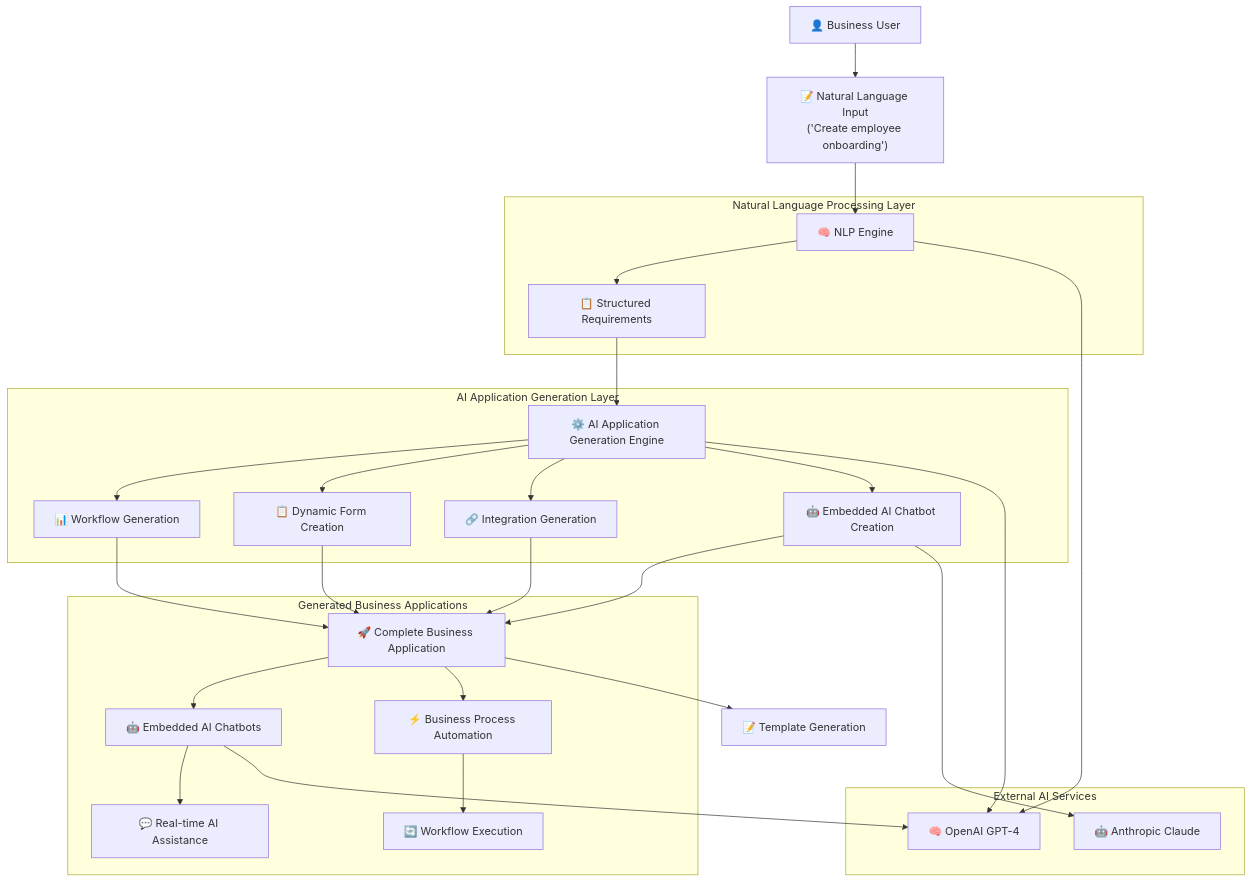
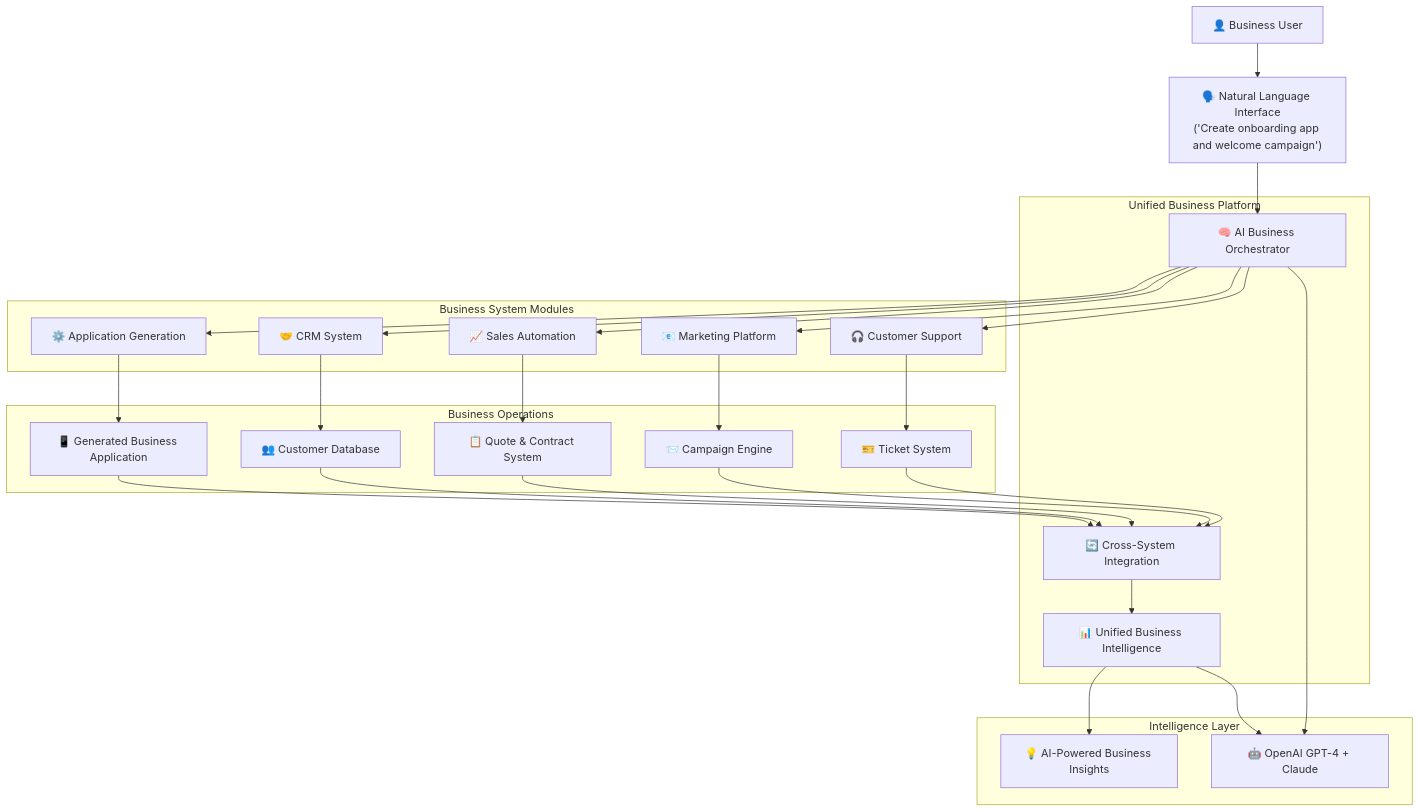
Before and after one commit to BradleyFestraets/Natural-Language-Business-Application-Generator: the diagram in docs/architecture.md, drawn with Mermaid. The commit also changed other lines of this file and 7 other files, not shown here.

````diff
--- a/docs/architecture.md
+++ b/docs/architecture.md
@@ -103,56 +123,56 @@
 ```mermaid
 graph TB
-    User[👤 Business User] --> NLInput["📝 Natural Language Input<br/>('Create employee onboarding')"]
-    
-    NLInput --> NLPEngine[🧠 NLP Engine]
-    NLPEngine --> Requirements[📋 Structured Requirements]
-    
-    Requirements --> AppGenEngine[⚙️ AI Application Generation Engine]
-    AppGenEngine --> WorkflowGen[📊 Workflow Generation]
-    AppGenEngine --> FormGen[📋 Dynamic Form Creation]
-    AppGenEngine --> IntegrationGen[🔗 Integration Generation]
-    AppGenEngine --> ChatbotGen[🤖 Embedded AI Chatbot Creation]
-    
-    WorkflowGen --> CompleteBizApp[🚀 Complete Business Application]
-    FormGen --> CompleteBizApp
-    IntegrationGen --> CompleteBizApp
-    ChatbotGen --> CompleteBizApp
-    
-    CompleteBizApp --> EmbeddedAI[🤖 Embedded AI Chatbots]
-    CompleteBizApp --> ProcessEngine[⚡ Business Process Automation]
-    CompleteBizApp --> TemplateGen[📝 Template Generation]
-    
-    EmbeddedAI --> RealTimeAssist[💬 Real-time AI Assistance]
-    ProcessEngine --> WorkflowExecution[🔄 Workflow Execution]
-    
-    subgraph "Natural Language Processing Layer"
-        NLPEngine
-        Requirements
+    User[👤 Business User] --> NLInterface["🗣️ Natural Language Interface<br/>('Create onboarding app and welcome campaign')"]
+
+    NLInterface --> AIOrchestrator[🧠 AI Business Orchestrator]
+    AIOrchestrator --> AppGen[⚙️ Application Generation]
+    AIOrchestrator --> CRM[🤝 CRM System]  
+    AIOrchestrator --> Sales[📈 Sales Automation]
+    AIOrchestrator --> Marketing[📧 Marketing Platform]
+    AIOrchestrator --> Support[🎧 Customer Support]
+
+    AppGen --> BusinessApp[📱 Generated Business Application]
+    CRM --> CustomerDB[👥 Customer Database]
+    Sales --> QuoteSystem[📋 Quote & Contract System]
+    Marketing --> CampaignEngine[📨 Campaign Engine]
+    Support --> TicketSystem[🎫 Ticket System]
+
+    BusinessApp --> Integration[🔄 Cross-System Integration]
+    CustomerDB --> Integration
+    QuoteSystem --> Integration
+    CampaignEngine --> Integration
+    TicketSystem --> Integration
+
+    Integration --> Analytics[📊 Unified Business Intelligence]
+    Analytics --> Insights[💡 AI-Powered Business Insights]
+
+    subgraph "Unified Business Platform"
+        AIOrchestrator
+        Integration
+        Analytics
     end
-    
-    subgraph "AI Application Generation Layer"
-        AppGenEngine
-        WorkflowGen
-        FormGen
-        IntegrationGen
-        ChatbotGen
+
+    subgraph "Business System Modules"
+        AppGen
+        CRM
+        Sales  
+        Marketing
+        Support
     end
-    
-    subgraph "Generated Business Applications"
-        CompleteBizApp
-        EmbeddedAI
-        ProcessEngine
-        RealTimeAssist
-        WorkflowExecution
+
+    subgraph "Business Operations"
+        BusinessApp
+        CustomerDB
+        QuoteSystem
+        CampaignEngine
+        TicketSystem
     end
-    
-    subgraph "External AI Services"
-        OpenAI[🧠 OpenAI GPT-4]
-        Claude[🤖 Anthropic Claude]
+
+    subgraph "Intelligence Layer"
+        Insights
+        AIModels[🤖 OpenAI GPT-4 + Claude]
     end
-    
-    NLPEngine --> OpenAI
-    AppGenEngine --> OpenAI
-    EmbeddedAI --> OpenAI
-    ChatbotGen --> Claude
+
+    AIOrchestrator --> AIModels
+    Analytics --> AIModels
 ```
````
